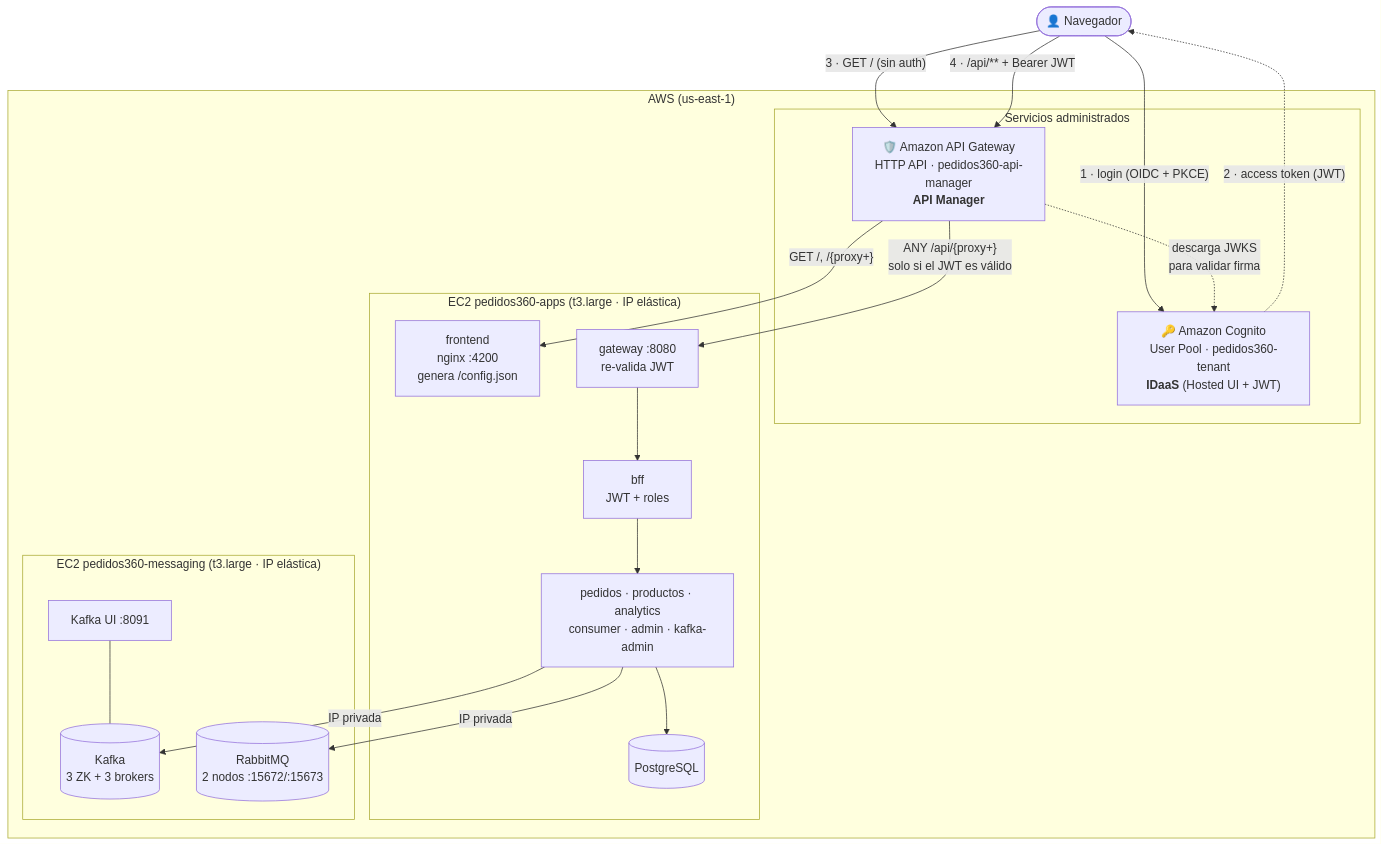
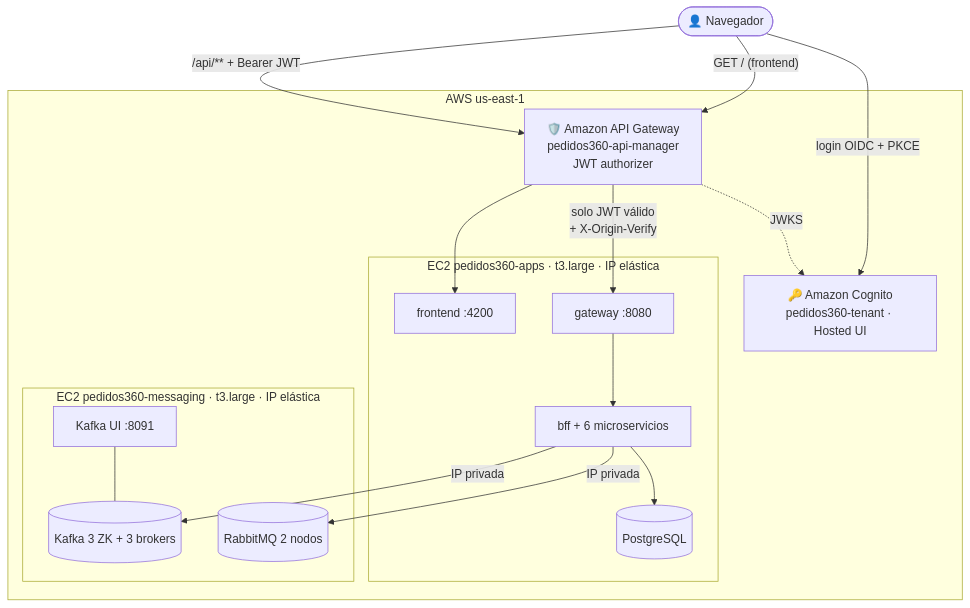
Diagram 12 of 12 in README.md (victor99a/Cloud-Native), drawn with Mermaid before and after one commit. The commit also changed other lines of this file and 12 other files, not shown here.

First line of the commit message:
docs: README con estructura y diagramas de IDaaS, RabbitMQ y Kafka; version 1.3.0

````diff
--- a/README.md
+++ b/README.md
@@ -81,38 +584,28 @@
 ```mermaid
 flowchart TB
     U(["👤 Navegador"])
-
-    subgraph AWS["AWS (us-east-1)"]
-        subgraph Managed["Servicios administrados"]
-            APIGW["🛡️ Amazon API Gateway<br/>HTTP API · pedidos360-api-manager<br/><b>API Manager</b>"]
-            COG["🔑 Amazon Cognito<br/>User Pool · pedidos360-tenant<br/><b>IDaaS</b> (Hosted UI + JWT)"]
-        end
-
-        subgraph APPS["EC2 pedidos360-apps (t3.large · IP elástica)"]
-            FE["frontend<br/>nginx :4200<br/>genera /config.json"]
-            SGW["gateway :8080<br/>re-valida JWT"]
-            BFF["bff<br/>JWT + roles"]
-            MS["pedidos · productos · analytics<br/>consumer · admin · kafka-admin"]
+    subgraph AWS["AWS us-east-1"]
+        APIGW["🛡️ Amazon API Gateway<br/>pedidos360-api-manager<br/>JWT authorizer"]
+        COG["🔑 Amazon Cognito<br/>pedidos360-tenant · Hosted UI"]
+        subgraph APPS["EC2 pedidos360-apps · t3.large · IP elástica"]
+            FE["frontend :4200"]
+            SGW["gateway :8080"]
+            SVC["bff + 6 microservicios"]
             PG[("PostgreSQL")]
         end
-
-        subgraph MSG["EC2 pedidos360-messaging (t3.large · IP elástica)"]
-            KAF[("Kafka<br/>3 ZK + 3 brokers")]
+        subgraph MSG["EC2 pedidos360-messaging · t3.large · IP elástica"]
+            KAF[("Kafka 3 ZK + 3 brokers")]
             KUI["Kafka UI :8091"]
-            RAB[("RabbitMQ<br/>2 nodos :15672/:15673")]
+            RAB[("RabbitMQ 2 nodos")]
         end
     end
-
-    U -->|"1 · login (OIDC + PKCE)"| COG
-    COG -.->|"2 · access token (JWT)"| U
-    U -->|"3 · GET / (sin auth)"| APIGW
-    U -->|"4 · /api/** + Bearer JWT"| APIGW
-    APIGW -->|"GET /, /{proxy+}"| FE
-    APIGW -->|"ANY /api/{proxy+}<br/>solo si el JWT es válido"| SGW
-    APIGW -.->|"descarga JWKS<br/>para validar firma"| COG
-    SGW --> BFF --> MS
-    MS --> PG
-    MS -->|"IP privada"| KAF
-    MS -->|"IP privada"| RAB
+    U -- "login OIDC + PKCE" --> COG
+    U -- "GET / (frontend)" --> APIGW
+    U -- "/api/** + Bearer JWT" --> APIGW
+    APIGW --> FE
+    APIGW -- "solo JWT válido<br/>+ X-Origin-Verify" --> SGW
+    APIGW -. "JWKS" .-> COG
+    SGW --> SVC --> PG
+    SVC -- "IP privada" --> KAF & RAB
     KUI --- KAF
 ```
````
